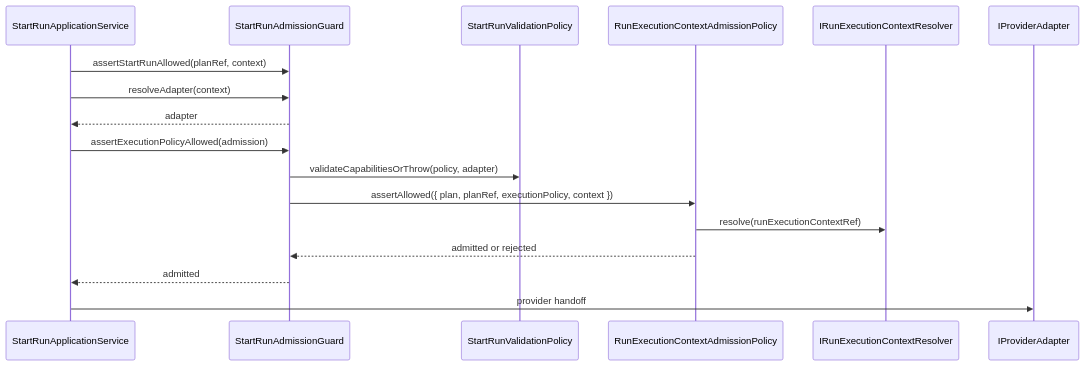
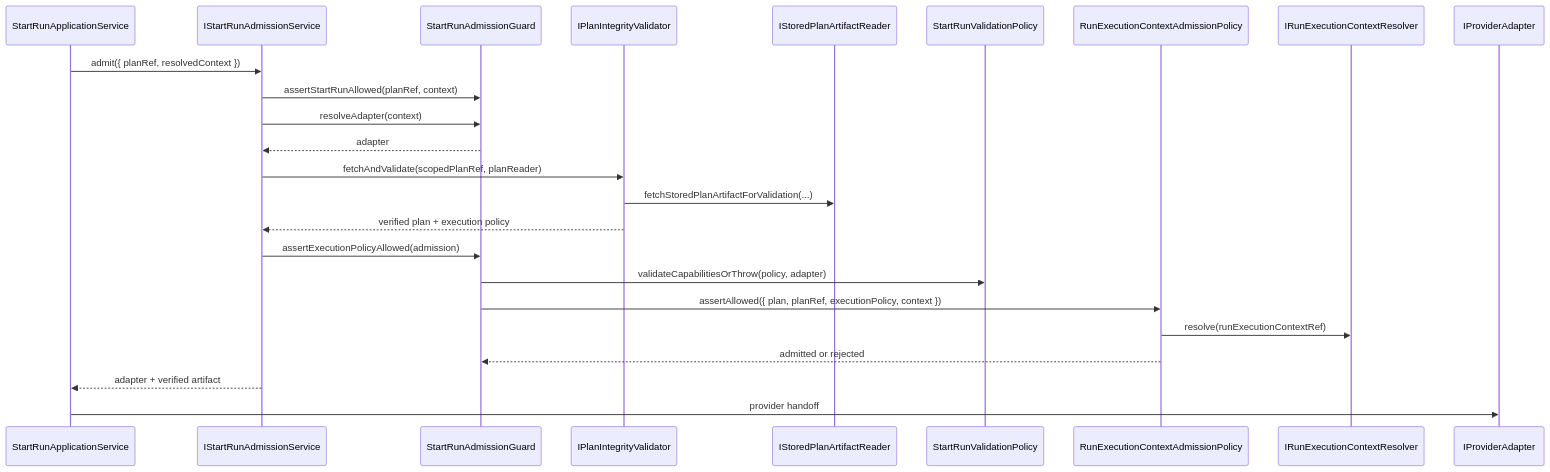
One commit to dunay2/dvt changed the third of 3 diagrams in docs/architecture/components/engine/architecture/start-run-admission-component.md. Above: the diagram before and after it, drawn with Mermaid. The commit also changed other lines of this file and 20 other files, not shown here.

First line of the commit message:
refactor(engine): Inject start-run admission seam

````diff
--- a/docs/architecture/components/engine/architecture/start-run-admission-component.md
+++ b/docs/architecture/components/engine/architecture/start-run-admission-component.md
@@ -111,20 +124,27 @@
 ```mermaid
 sequenceDiagram
   participant UseCase as StartRunApplicationService
+  participant Admission as IStartRunAdmissionService
   participant Guard as StartRunAdmissionGuard
+  participant Integrity as IPlanIntegrityValidator
+  participant PlanReader as IStoredPlanArtifactReader
   participant Capabilities as StartRunValidationPolicy
   participant Context as RunExecutionContextAdmissionPolicy
   participant Resolver as IRunExecutionContextResolver
   participant Adapter as IProviderAdapter
 
-  UseCase->>Guard: assertStartRunAllowed(planRef, context)
-  UseCase->>Guard: resolveAdapter(context)
-  Guard-->>UseCase: adapter
-  UseCase->>Guard: assertExecutionPolicyAllowed(admission)
+  UseCase->>Admission: admit({ planRef, resolvedContext })
+  Admission->>Guard: assertStartRunAllowed(planRef, context)
+  Admission->>Guard: resolveAdapter(context)
+  Guard-->>Admission: adapter
+  Admission->>Integrity: fetchAndValidate(scopedPlanRef, planReader)
+  Integrity->>PlanReader: fetchStoredPlanArtifactForValidation(...)
+  Integrity-->>Admission: verified plan + execution policy
+  Admission->>Guard: assertExecutionPolicyAllowed(admission)
   Guard->>Capabilities: validateCapabilitiesOrThrow(policy, adapter)
   Guard->>Context: assertAllowed({ plan, planRef, executionPolicy, context })
   Context->>Resolver: resolve(runExecutionContextRef)
   Context-->>Guard: admitted or rejected
-  Guard-->>UseCase: admitted
+  Admission-->>UseCase: adapter + verified artifact
   UseCase->>Adapter: provider handoff
 ```
````
